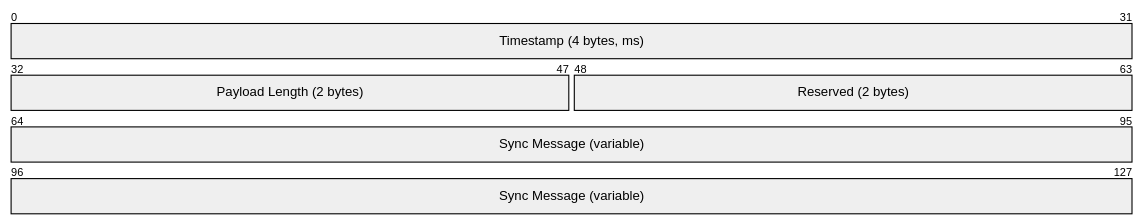
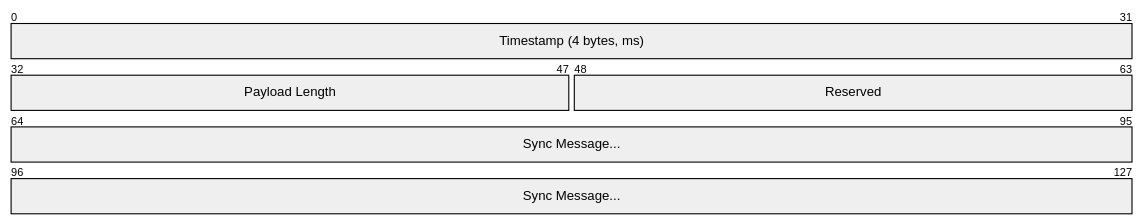
One commit to DanEscher98/nomad-specs changed the second of 4 diagrams in specs/TRANSPORT.md. Above: the diagram before and after it, drawn with Mermaid. The commit also changed other lines of this file and 5 other files, not shown here.

First line of the commit message:
fix: convert packet-beta to packet with +count syntax

````diff
--- a/specs/TRANSPORT.md
+++ b/specs/TRANSPORT.md
@@ -74,7 +74,7 @@
 ```mermaid
-packet-beta
-  0-31: "Timestamp (4 bytes, ms)"
-  32-47: "Payload Length (2 bytes)"
-  48-63: "Reserved (2 bytes)"
-  64-127: "Sync Message (variable)"
+packet
+  +32: "Timestamp (4 bytes, ms)"
+  +16: "Payload Length"
+  +16: "Reserved"
+  +64: "Sync Message..."
 ```
````
